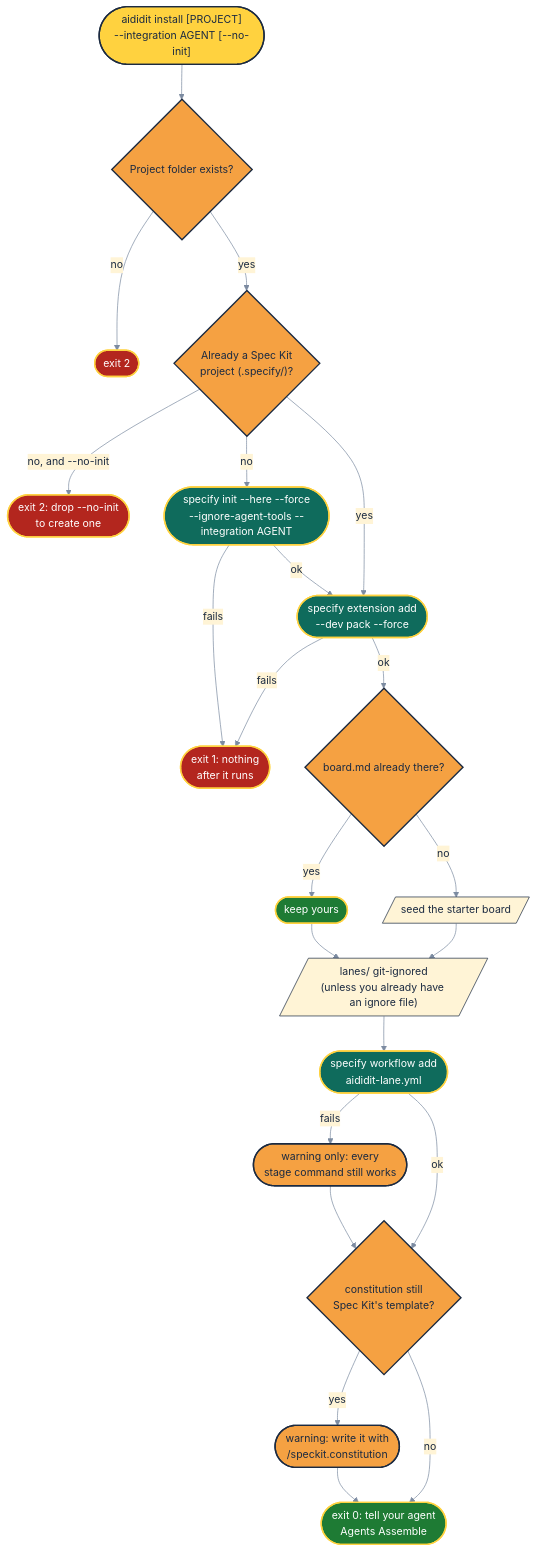
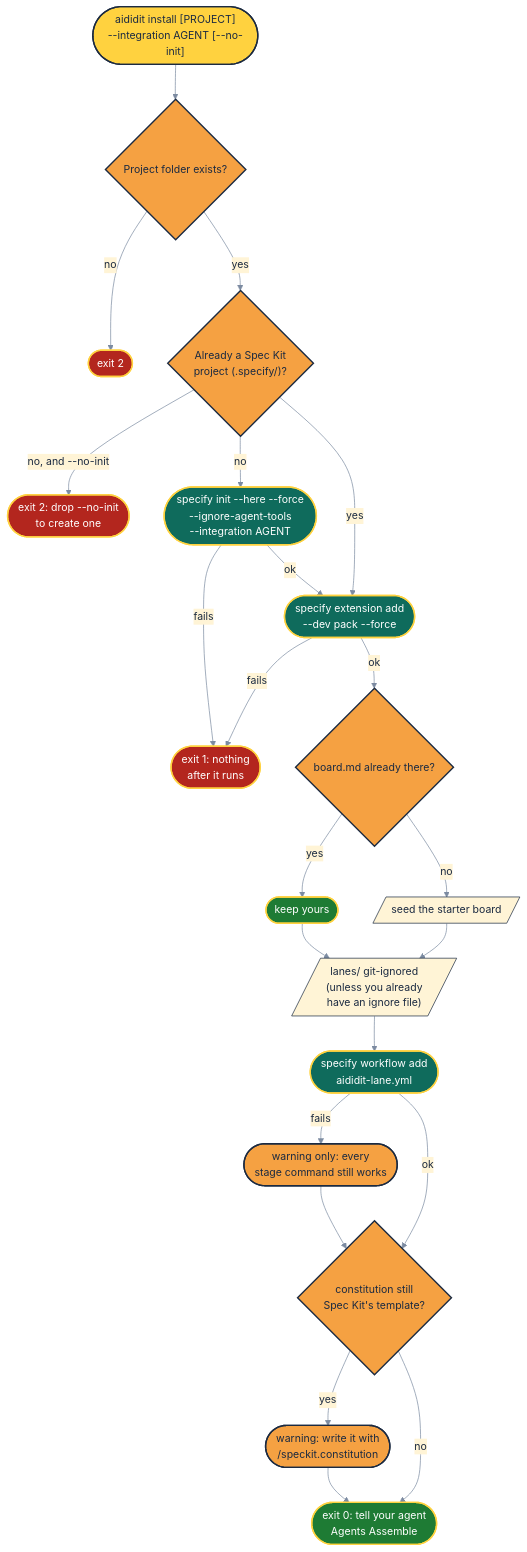
The second of 5 diagrams in docs/cli.md (RubberDuckEngineering/ai-did-it), drawn with Mermaid before and after one commit. The commit also changed other lines of this file and 16 other files, not shown here.

````diff
--- a/docs/cli.md
+++ b/docs/cli.md
@@ -48,31 +48,31 @@
 ```mermaid
-%%{init: {"theme": "base", "themeVariables": {"fontSize": "15px", "primaryColor": "#FFF4D6", "primaryTextColor": "#1B2A41", "primaryBorderColor": "#1B2A41", "textColor": "#1B2A41", "lineColor": "#7C8BA1", "edgeLabelBackground": "#FFF4D6", "clusterBkg": "#1B2A41", "clusterBorder": "#FFD23F", "titleColor": "#FFD23F"}}}%%
+%%{init: {"theme": "base", "themeVariables": {"fontSize": "15px", "primaryColor": "#FFF4D6", "primaryTextColor": "#1B2A41", "primaryBorderColor": "#1B2A41", "textColor": "#1B2A41", "lineColor": "#7C8BA1", "edgeLabelBackground": "#FFF4D6", "clusterBkg": "#1B2A41", "clusterBorder": "#FFD23F", "titleColor": "#FFD23F"}, "flowchart": {"diagramPadding": 8}}}%%
 flowchart TB
     START(["aididit install [PROJECT]<br/>--integration AGENT [--no-init]"]):::duck --> EX{"Project folder exists?"}:::gate
     EX -->|"no"| E2A(["exit 2"]):::stop
     EX -->|"yes"| SK{"Already a Spec Kit<br/>project (.specify/)?"}:::gate
     SK -->|"no, and --no-init"| E2B(["exit 2: drop --no-init<br/>to create one"]):::stop
-    SK -->|"no"| INIT(["specify init --here --force<br/>--ignore-agent-tools --integration AGENT"]):::link
+    SK -->|"no"| INIT(["specify init --here --force<br/>--ignore-agent-tools<br/>--integration AGENT"]):::link
     SK -->|"yes"| ADD
     INIT -->|"fails"| E1(["exit 1: nothing<br/>after it runs"]):::stop
     INIT -->|"ok"| ADD(["specify extension add<br/>--dev pack --force"]):::link
     ADD -->|"fails"| E1
     ADD -->|"ok"| SEED{"board.md already there?"}:::gate
     SEED -->|"yes"| KEEP(["keep yours"]):::ok
     SEED -->|"no"| COPY[/"seed the starter board"/]:::note
-    KEEP --> IGN[/"lanes/ git-ignored<br/>(unless you already have an ignore file)"/]:::note
+    KEEP --> IGN[/"lanes/ git-ignored<br/>(unless you already<br/>have an ignore file)"/]:::note
     COPY --> IGN
     IGN --> WF(["specify workflow add<br/>aididit-lane.yml"]):::link
     WF -->|"fails"| WARN(["warning only: every<br/>stage command still works"]):::gate
     WF -->|"ok"| CON{"constitution still<br/>Spec Kit's template?"}:::gate
     WARN --> CON
     CON -->|"yes"| CWARN(["warning: write it with<br/>/speckit.constitution"]):::gate
     CON -->|"no"| DONE(["exit 0: tell your agent<br/>Agents Assemble"]):::ok
     CWARN --> DONE
     classDef duck fill:#FFD23F,color:#1B2A41,stroke:#1B2A41,stroke-width:2px
     classDef link fill:#0F6B5C,color:#FFFFFF,stroke:#FFD23F,stroke-width:2px
     classDef gate fill:#F5A142,color:#1B2A41,stroke:#1B2A41,stroke-width:2px
     classDef stop fill:#B3261E,color:#FFFFFF,stroke:#FFD23F,stroke-width:2px
     classDef ok fill:#1E7B34,color:#FFFFFF,stroke:#FFD23F,stroke-width:2px
     classDef note fill:#FFF4D6,color:#1B2A41,stroke:#1B2A41,stroke-width:1px
 ```
````
